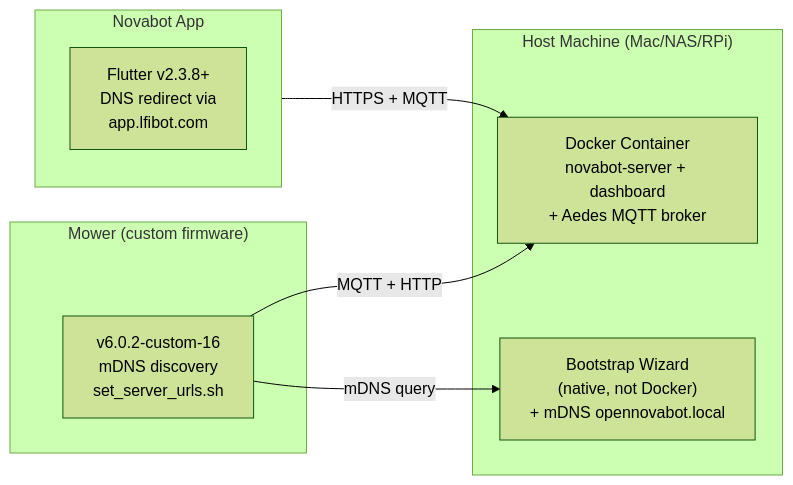
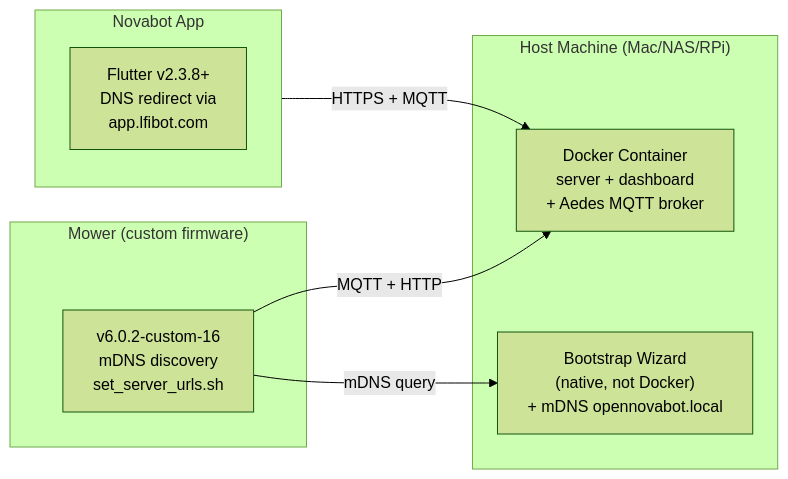
One commit to rvbcrs/Novabot changed the third of 3 diagrams in docs/firmware/custom-firmware.md. Above: the diagram before and after it, drawn with Mermaid (forest theme). The commit also changed other lines of this file and 6 other files, not shown here.

````diff
--- a/docs/firmware/custom-firmware.md
+++ b/docs/firmware/custom-firmware.md
@@ -554,19 +557,19 @@
 ```mermaid
 flowchart LR
     subgraph Host["Host Machine (Mac/NAS/RPi)"]
-        Docker["Docker Container<br/>novabot-server + dashboard<br/>+ Aedes MQTT broker"]
+        Docker["Docker Container<br/>server + dashboard<br/>+ Aedes MQTT broker"]
         Bootstrap["Bootstrap Wizard<br/>(native, not Docker)<br/>+ mDNS opennovabot.local"]
     end
 
     subgraph Mower["Mower (custom firmware)"]
         Firmware["v6.0.2-custom-16<br/>mDNS discovery<br/>set_server_urls.sh"]
     end
 
     subgraph App["Novabot App"]
         Flutter["Flutter v2.3.8+<br/>DNS redirect via<br/>app.lfibot.com"]
     end
 
     Firmware -->|mDNS query| Bootstrap
     Firmware -->|MQTT + HTTP| Docker
     App -->|HTTPS + MQTT| Docker
 ```
````
